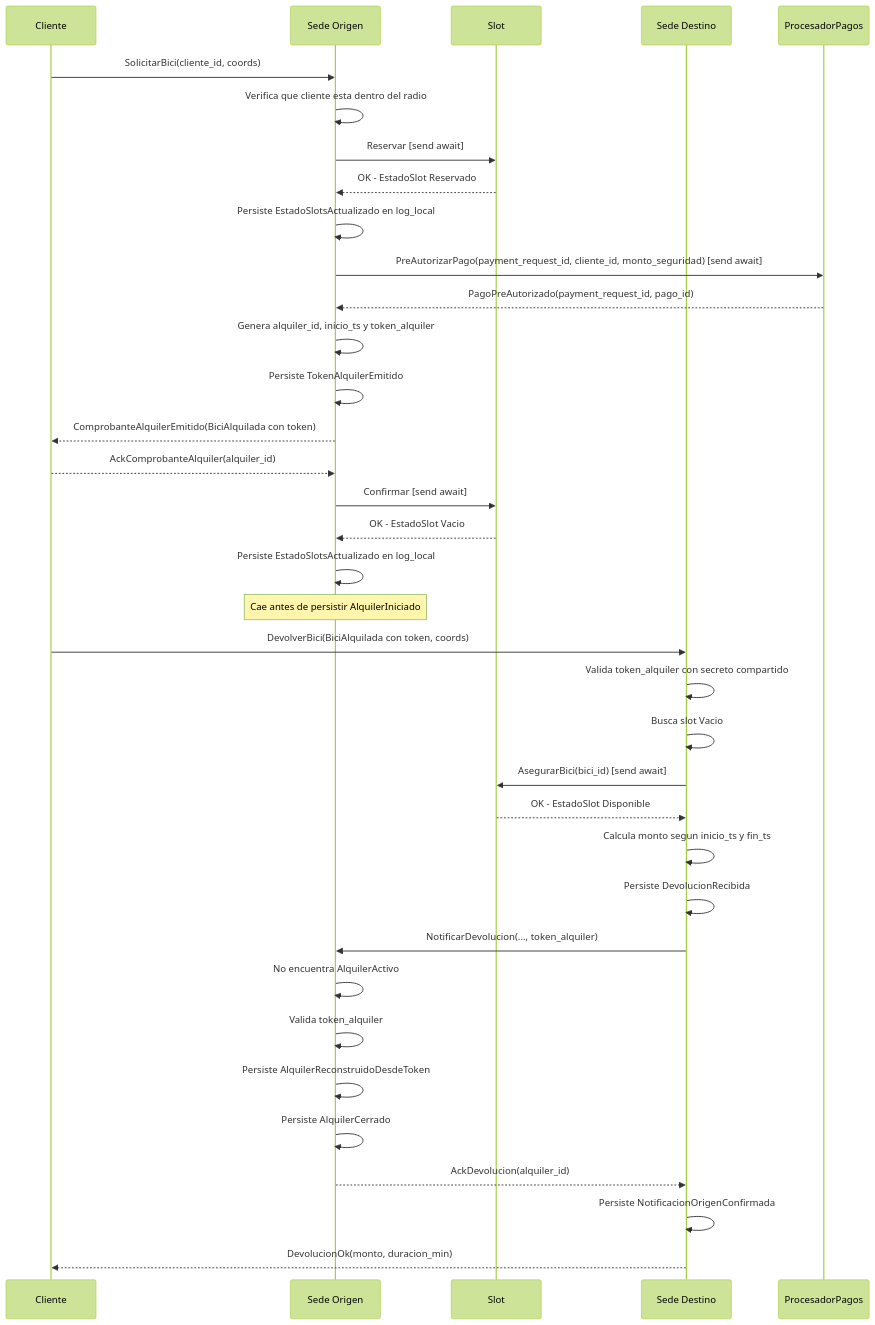
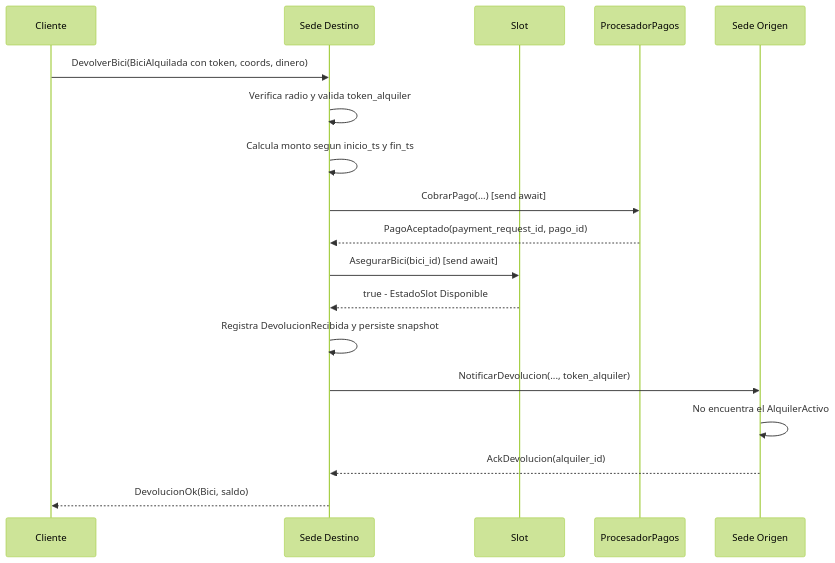
One commit to Jmenechian/distributed-bike-sharing changed diagram 14 of 14 in README.md. Above: the diagram before and after it, drawn with Mermaid (forest theme). The commit also changed other lines of this file, not shown here.

Commit message:
docs(readme): actualizacion del README.md

````diff
--- a/README.md
+++ b/README.md
@@ -1473,45 +1250,22 @@
 ```mermaid
 sequenceDiagram
     participant Cliente
+    participant SedeDestino as Sede Destino
+    participant Slot
+    participant ProcesadorPagos
     participant SedeOrigen as Sede Origen
-    participant Slot
-    participant SedeDestino as Sede Destino
-    participant ProcesadorPagos
 
-    Cliente->>SedeOrigen: SolicitarBici(cliente_id, coords)
-    SedeOrigen->>SedeOrigen: Verifica que cliente esta dentro del radio
-    SedeOrigen->>Slot: Reservar [send await]
-    Slot-->>SedeOrigen: OK - EstadoSlot Reservado
-    SedeOrigen->>SedeOrigen: Persiste EstadoSlotsActualizado en log_local
-
-    SedeOrigen->>ProcesadorPagos: PreAutorizarPago(payment_request_id, cliente_id, monto_seguridad) [send await]
-    ProcesadorPagos-->>SedeOrigen: PagoPreAutorizado(payment_request_id, pago_id)
-
-    SedeOrigen->>SedeOrigen: Genera alquiler_id, inicio_ts y token_alquiler
-    SedeOrigen->>SedeOrigen: Persiste TokenAlquilerEmitido
-    SedeOrigen-->>Cliente: ComprobanteAlquilerEmitido(BiciAlquilada con token)
-    Cliente-->>SedeOrigen: AckComprobanteAlquiler(alquiler_id)
-
-    SedeOrigen->>Slot: Confirmar [send await]
-    Slot-->>SedeOrigen: OK - EstadoSlot Vacio
-    SedeOrigen->>SedeOrigen: Persiste EstadoSlotsActualizado en log_local
-
-    Note over SedeOrigen: Cae antes de persistir AlquilerIniciado
-
-    Cliente->>SedeDestino: DevolverBici(BiciAlquilada con token, coords)
-    SedeDestino->>SedeDestino: Valida token_alquiler con secreto compartido
-    SedeDestino->>SedeDestino: Busca slot Vacio
+    Cliente->>SedeDestino: DevolverBici(BiciAlquilada con token, coords, dinero)
+    SedeDestino->>SedeDestino: Verifica radio y valida token_alquiler
+    SedeDestino->>SedeDestino: Calcula monto segun inicio_ts y fin_ts
+    SedeDestino->>ProcesadorPagos: CobrarPago(...) [send await]
+    ProcesadorPagos-->>SedeDestino: PagoAceptado(payment_request_id, pago_id)
     SedeDestino->>Slot: AsegurarBici(bici_id) [send await]
-    Slot-->>SedeDestino: OK - EstadoSlot Disponible
-    SedeDestino->>SedeDestino: Calcula monto segun inicio_ts y fin_ts
-    SedeDestino->>SedeDestino: Persiste DevolucionRecibida
+    Slot-->>SedeDestino: true - EstadoSlot Disponible
+    SedeDestino->>SedeDestino: Registra DevolucionRecibida y persiste snapshot
 
     SedeDestino->>SedeOrigen: NotificarDevolucion(..., token_alquiler)
-    SedeOrigen->>SedeOrigen: No encuentra AlquilerActivo
-    SedeOrigen->>SedeOrigen: Valida token_alquiler
-    SedeOrigen->>SedeOrigen: Persiste AlquilerReconstruidoDesdeToken
-    SedeOrigen->>SedeOrigen: Persiste AlquilerCerrado
+    SedeOrigen->>SedeOrigen: No encuentra el AlquilerActivo
     SedeOrigen-->>SedeDestino: AckDevolucion(alquiler_id)
-    SedeDestino->>SedeDestino: Persiste NotificacionOrigenConfirmada
-    SedeDestino-->>Cliente: DevolucionOk(monto, duracion_min)
+    SedeDestino-->>Cliente: DevolucionOk(Bici, saldo)
 ```
````
